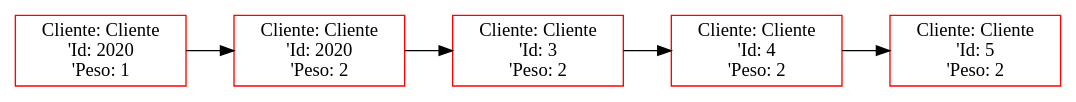
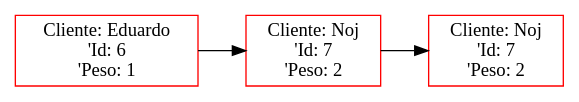
The diagram in Proyecto1/Proyecto1_202200089/Main/grande.dot (FranklinONP/EDD_PROYECTO_202200089), drawn with Graphviz before and after one commit. The commit also changed 16 other files, not shown here.

```diff
--- a/Proyecto1/Proyecto1_202200089/Main/grande.dot
+++ b/Proyecto1/Proyecto1_202200089/Main/grande.dot
@@ -1,12 +1,8 @@
  digraph G {
  rankdir=LR;
- node0 [label="Cliente: Cliente\n'Id: 2020\n'Peso: 1", color="red", shape="rectangle"];
- node1 [label="Cliente: Cliente\n'Id: 2020\n'Peso: 2", color="red", shape="rectangle"];
+ node0 [label="Cliente: Eduardo\n'Id: 6\n'Peso: 1", color="red", shape="rectangle"];
+ node1 [label="Cliente: Noj\n'Id: 7\n'Peso: 2", color="red", shape="rectangle"];
  node0 -> node1 [dir="forward"];
- node2 [label="Cliente: Cliente\n'Id: 3\n'Peso: 2", color="red", shape="rectangle"];
+ node2 [label="Cliente: Noj\n'Id: 7\n'Peso: 2", color="red", shape="rectangle"];
  node1 -> node2 [dir="forward"];
- node3 [label="Cliente: Cliente\n'Id: 4\n'Peso: 2", color="red", shape="rectangle"];
- node2 -> node3 [dir="forward"];
- node4 [label="Cliente: Cliente\n'Id: 5\n'Peso: 2", color="red", shape="rectangle"];
- node3 -> node4 [dir="forward"];
  }
```
